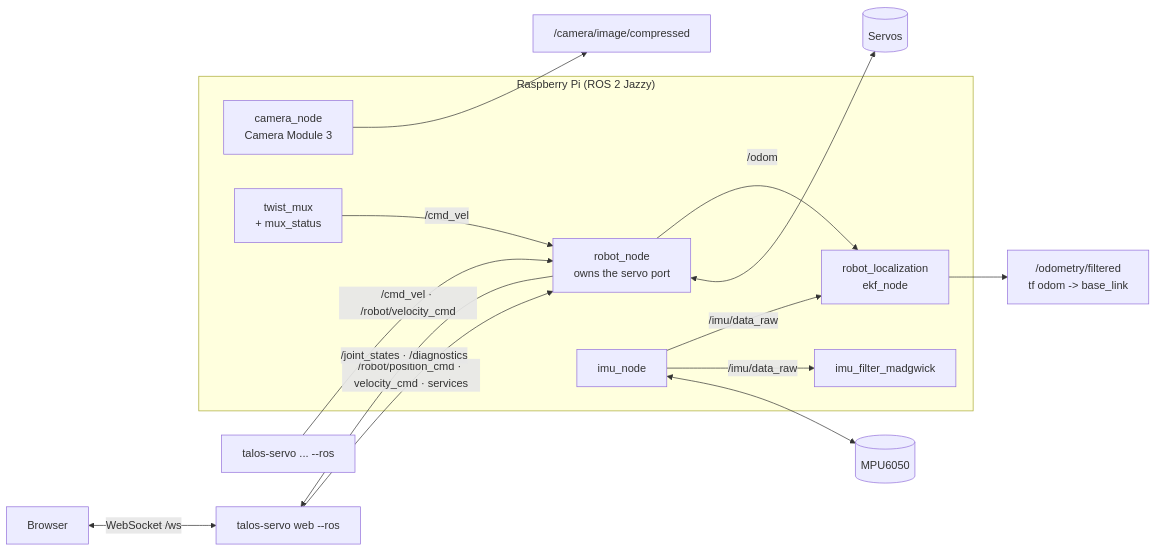
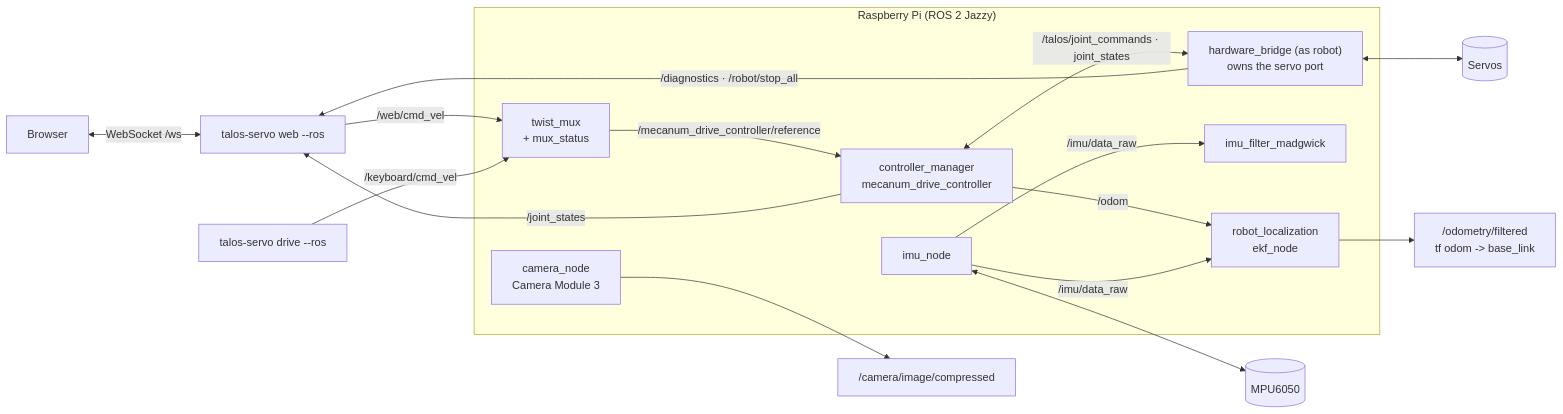
The second of 4 diagrams in README.md (Annnnya/talos_hack), drawn with Mermaid before and after one commit. The commit also changed other lines of this file and 30 other files, not shown here.

First line of the commit message:
feat: drive the base with mecanum_drive_controller (#128)

````diff
--- a/README.md
+++ b/README.md
@@ -67,27 +67,30 @@
 ```mermaid
 flowchart LR
     BROWSER["Browser"] <-- "WebSocket /ws" --> WEB["talos-servo web --ros"]
-    CLI["talos-servo ... --ros"]
+    CLI["talos-servo drive --ros"]
     subgraph pi["Raspberry Pi (ROS 2 Jazzy)"]
-        NODE["robot_node<br/>owns the servo port"]
+        MUX["twist_mux<br/>+ mux_status"]
+        CM["controller_manager<br/>mecanum_drive_controller"]
+        NODE["hardware_bridge (as robot)<br/>owns the servo port"]
         IMUN["imu_node"]
       CAM["camera_node<br/>Camera Module 3"]
         FILT["imu_filter_madgwick"]
         EKF["robot_localization<br/>ekf_node"]
-        MUX["twist_mux<br/>+ mux_status"]
     end
     SERVOS[("Servos")]
     MPU[("MPU6050")]
 
-    WEB -- "/robot/position_cmd · velocity_cmd · services" --> NODE
-    CLI -- "/cmd_vel · /robot/velocity_cmd" --> NODE
-    NODE -- "/joint_states · /diagnostics" --> WEB
-    MUX -- "/cmd_vel" --> NODE
+    WEB -- "/web/cmd_vel" --> MUX
+    CLI -- "/keyboard/cmd_vel" --> MUX
+    MUX -- "/mecanum_drive_controller/reference" --> CM
+    CM <-- "/talos/joint_commands · joint_states" --> NODE
+    NODE -- "/diagnostics · /robot/stop_all" --> WEB
+    CM -- "/joint_states" --> WEB
     NODE <--> SERVOS
     CAM --> CAMERA["/camera/image/compressed"]
-    NODE -- "/odom" --> EKF
+    CM -- "/odom" --> EKF
     IMUN <--> MPU
     IMUN -- "/imu/data_raw" --> FILT
     IMUN -- "/imu/data_raw" --> EKF
     EKF --> OUT["/odometry/filtered<br/>tf odom -> base_link"]
 ```
````
